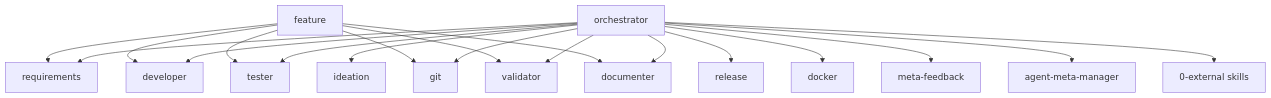
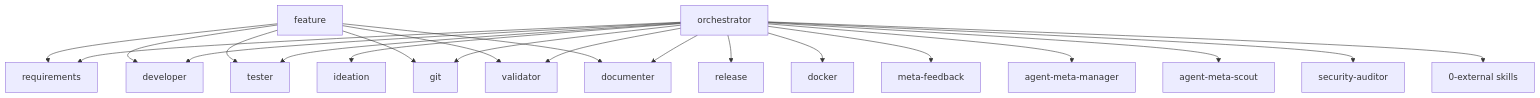
Before and after one commit to Popoboxxo/agent-meta: the diagram in docs/architecture/03-agent-roles.md, drawn with Mermaid. The commit also changed other lines of this file and 7 other files, not shown here.

````diff
--- a/docs/architecture/03-agent-roles.md
+++ b/docs/architecture/03-agent-roles.md
@@ -5,23 +5,25 @@
 ```mermaid
 graph TD
     ORC[orchestrator]
     FEA[feature]
     ORC --> IDE[ideation]
     ORC --> REQ[requirements]
     ORC --> DEV[developer]
     ORC --> TST[tester]
     ORC --> VAL[validator]
     ORC --> DOC[documenter]
     ORC --> GIT[git]
     ORC --> REL[release]
     ORC --> DOK[docker]
     ORC --> MFB[meta-feedback]
     ORC --> AMM[agent-meta-manager]
+    ORC --> AMS[agent-meta-scout]
+    ORC --> SEC[security-auditor]
     ORC --> EXT[0-external skills]
     FEA --> GIT
     FEA --> REQ
     FEA --> TST
     FEA --> DEV
     FEA --> VAL
     FEA --> DOC
 ```
````
